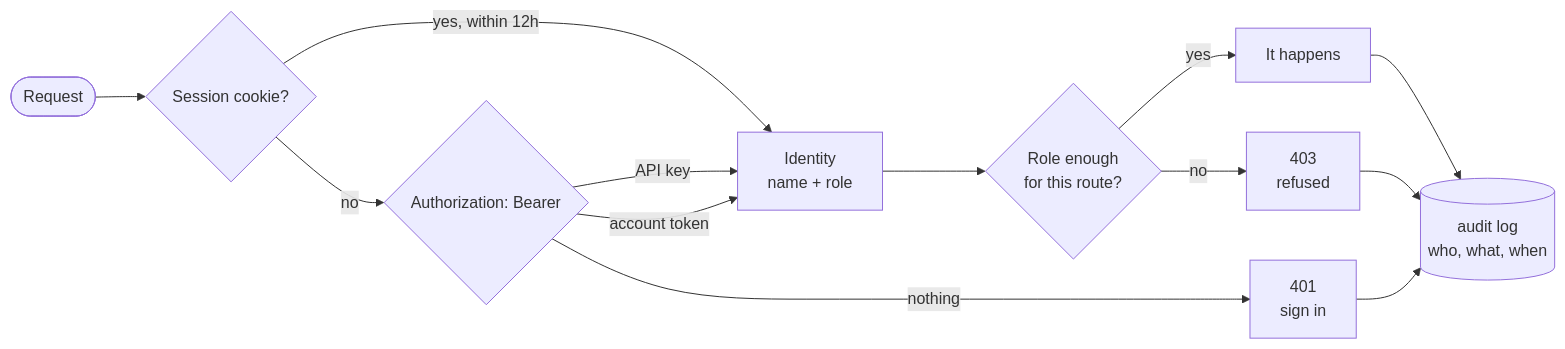
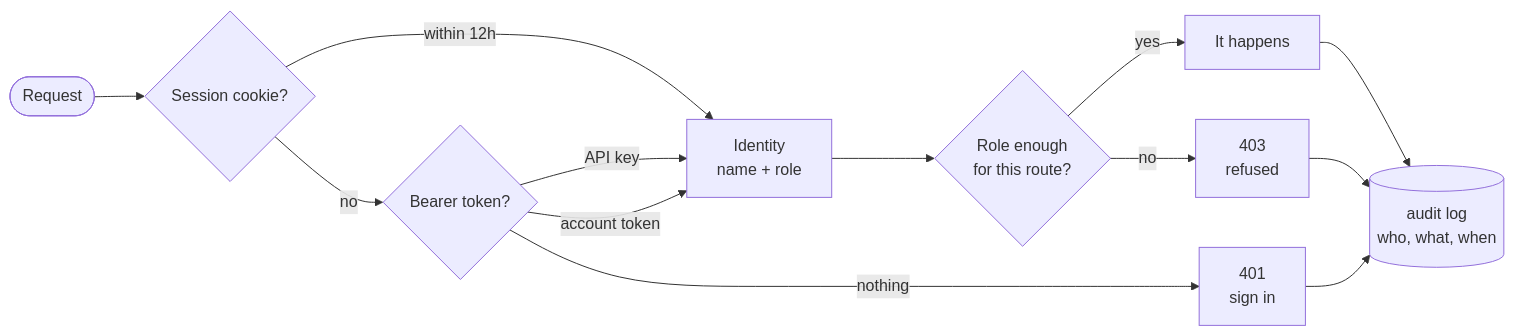
One commit to athmoon/duckle changed the diagram in README.md. Above: the diagram before and after it, drawn with Mermaid. The commit also changed other lines of this file, not shown here.

Commit message:
docs: make the authentication diagram findable
The diagram was there and nothing pointed at it. It sits at line 1119 of a
1779-line file, under a heading two levels deep inside the console section, and
the contents list had no entry for authentication at all, so the only way to
reach it was to already know it existed.

Quick links now carries sign-in and roles, how a request is decided, and API
keys. The first mention of the console refusing to start, which is where someone
is standing when this question arrives, links to both. So does the tail of the
API keys section.

The graph itself is simplified to the most conservative syntax that says the
same thing, and rendered against mermaid rather than assumed: quoted edge labels
and a colon inside a node were the parts most likely to trip a renderer, and
neither was carrying its weight.

````diff
--- a/README.md
+++ b/README.md
@@ -1120,15 +1123,15 @@
 ```mermaid
 flowchart LR
     R([Request]) --> C{"Session cookie?"}
-    C -->|"yes, within 12h"| ID["Identity<br/>name + role"]
-    C -->|no| B{"Authorization: Bearer"}
-    B -->|"API key"| ID
-    B -->|"account token"| ID
-    B -->|"nothing"| U["401<br/>sign in"]
+    C -->|within 12h| ID["Identity<br/>name + role"]
+    C -->|no| B{"Bearer token?"}
+    B -->|API key| ID
+    B -->|account token| ID
+    B -->|nothing| U["401<br/>sign in"]
     ID --> P{"Role enough<br/>for this route?"}
     P -->|yes| OK["It happens"]
     P -->|no| F["403<br/>refused"]
     OK --> A[("audit log<br/>who, what, when")]
     F --> A
     U --> A
 ```
````
